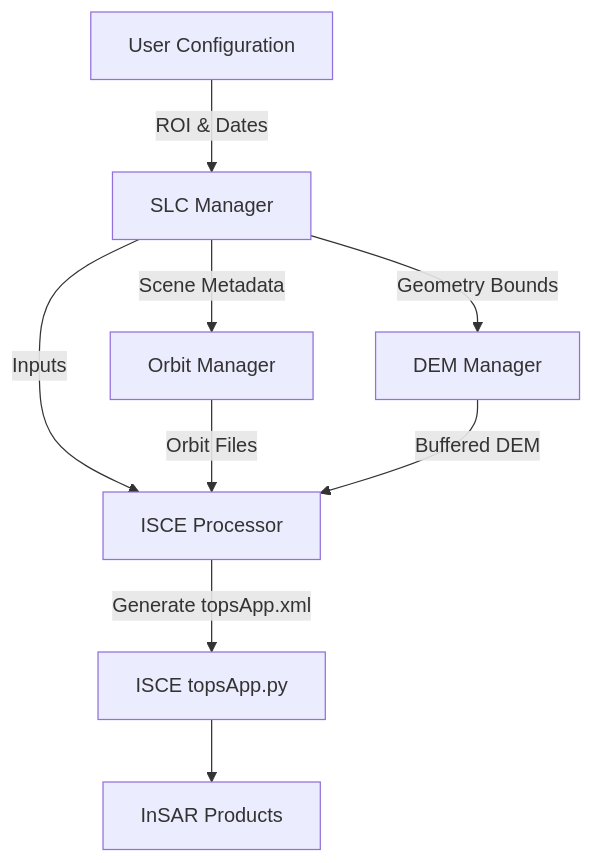
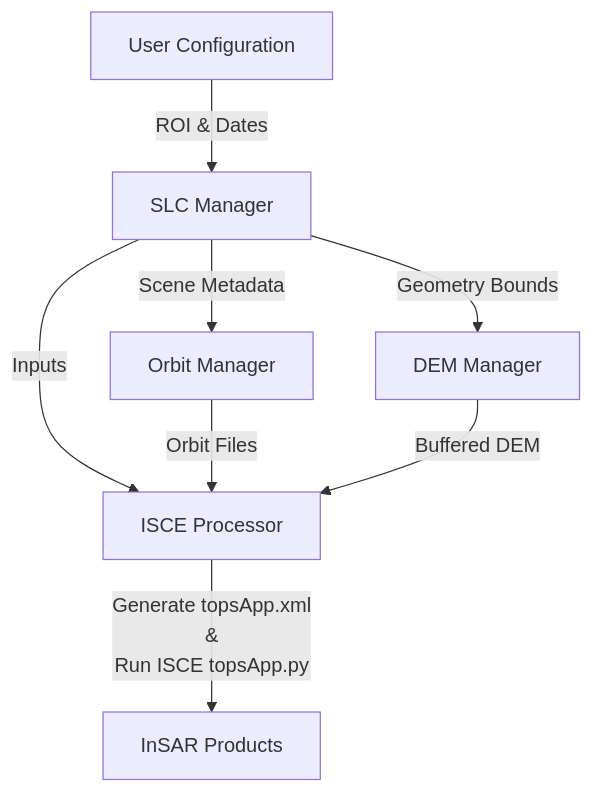
One commit to YONGHUNI/dInSAR-Toolkit changed the diagram in README.md. Above: the diagram before and after it, drawn with Mermaid.

Commit message:
Clarify topsApp.xml generation in README
Updated README to clarify the process for generating topsApp.xml and running ISCE topsApp.py.

````diff
--- a/README.md
+++ b/README.md
@@ -51,11 +51,10 @@
 ```mermaid
 graph TD
 User[User Configuration] -->|ROI & Dates| SLC[SLC Manager]
 SLC -->|Scene Metadata| Orbit[Orbit Manager]
 SLC -->|Geometry Bounds| DEM[DEM Manager]
 SLC -->|Inputs| Proc[ISCE Processor]
 Orbit -->|Orbit Files| Proc
 DEM -->|Buffered DEM| Proc
-Proc -->|Generate topsApp.xml| App[ISCE topsApp.py]
-App --> Outputs[InSAR Products]
+Proc -->|Generate topsApp.xml<br>&<br> Run ISCE topsApp.py| Outputs[InSAR Products]
 ```
````
